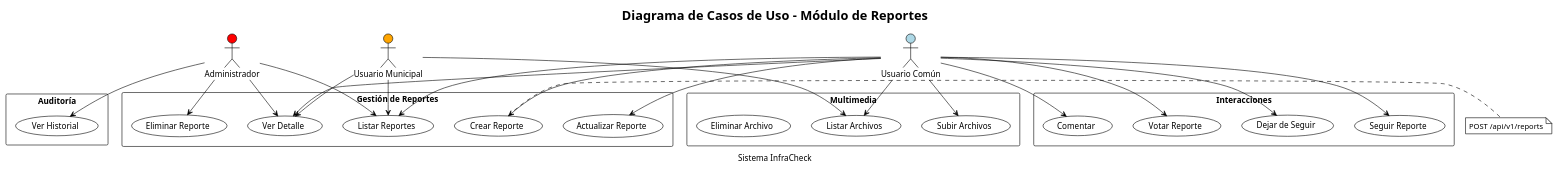
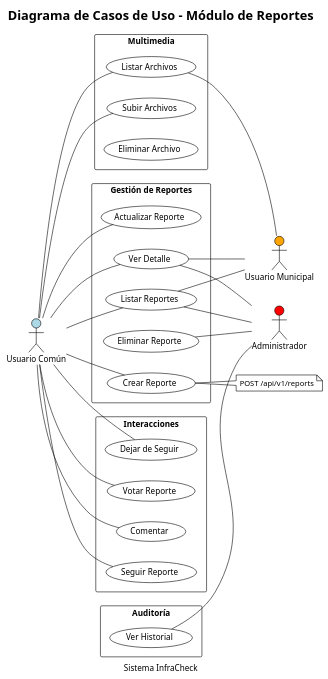
Before and after one commit to Linich14/G3-INFO1173-Infracheck: the diagram in images/diagramas_plantuml/casos_uso_reportes.puml, drawn with PlantUML. The commit also changed 9 other files, not shown here.

First line of the commit message:
documentation(fix): Actualizacion de diagramas

```diff
--- a/images/diagramas_plantuml/casos_uso_reportes.puml
+++ b/images/diagramas_plantuml/casos_uso_reportes.puml
@@ -1,80 +1,83 @@
 @startuml Casos_Uso_Reportes
 !theme plain
 skinparam packageStyle rectangle
 
 title Diagrama de Casos de Uso - Módulo de Reportes
 caption Sistema InfraCheck
 
 ' =====================================================
-' ACTORES
+' ACTORES (Posicionados a los lados)
 ' =====================================================
 
+left to right direction
+
 actor "Usuario Común" as usuario #LightBlue
-actor "Usuario Municipal" as municipal #Orange
-actor "Administrador" as admin #Red
 
 ' =====================================================
 ' CASOS DE USO PRINCIPALES
 ' =====================================================
 
 package "Gestión de Reportes" {
   usecase (Crear Reporte) as UC1
   usecase (Listar Reportes) as UC2
   usecase (Ver Detalle) as UC3
   usecase (Actualizar Reporte) as UC4
   usecase (Eliminar Reporte) as UC5
 }
 
 package "Multimedia" {
   usecase (Subir Archivos) as UC6
   usecase (Listar Archivos) as UC7
   usecase (Eliminar Archivo) as UC8
 }
 
 package "Interacciones" {
   usecase (Seguir Reporte) as UC9
   usecase (Dejar de Seguir) as UC10
   usecase (Votar Reporte) as UC11
   usecase (Comentar) as UC12
 }
 
 package "Auditoría" {
   usecase (Ver Historial) as UC13
 }
 
+actor "Usuario Municipal" as municipal #Orange
+actor "Administrador" as admin #Red
+
 ' =====================================================
 ' RELACIONES SIMPLIFICADAS
 ' =====================================================
 
 ' Usuario Común - Crear, ver y actualizar reportes
-usuario --> UC1
-usuario --> UC2
-usuario --> UC3
-usuario --> UC4
-usuario --> UC6
-usuario --> UC7
-usuario --> UC9
-usuario --> UC10
-usuario --> UC11
-usuario --> UC12
+usuario -- UC1
+usuario -- UC2
+usuario -- UC3
+usuario -- UC4
+usuario -- UC6
+usuario -- UC7
+usuario -- UC9
+usuario -- UC10
+usuario -- UC11
+usuario -- UC12
 
 ' Usuario Municipal - Solo ver reportes
-municipal --> UC2
-municipal --> UC3
-municipal --> UC7
+UC2 -- municipal
+UC3 -- municipal
+UC7 -- municipal
 
 ' Admin - Gestión y auditoría
-admin --> UC2
-admin --> UC3
-admin --> UC5
-admin --> UC13
+UC2 -- admin
+UC3 -- admin
+UC5 -- admin
+UC13 -- admin
 
 ' =====================================================
 ' NOTAS INFORMATIVAS
 ' =====================================================
 
 note right of UC1
   POST /api/v1/reports
 end note
 
 @enduml
```
